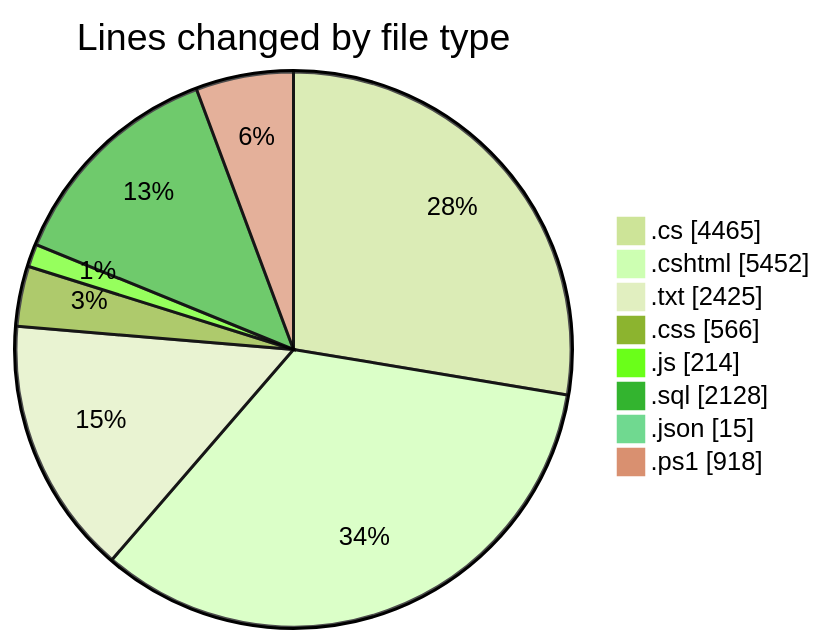
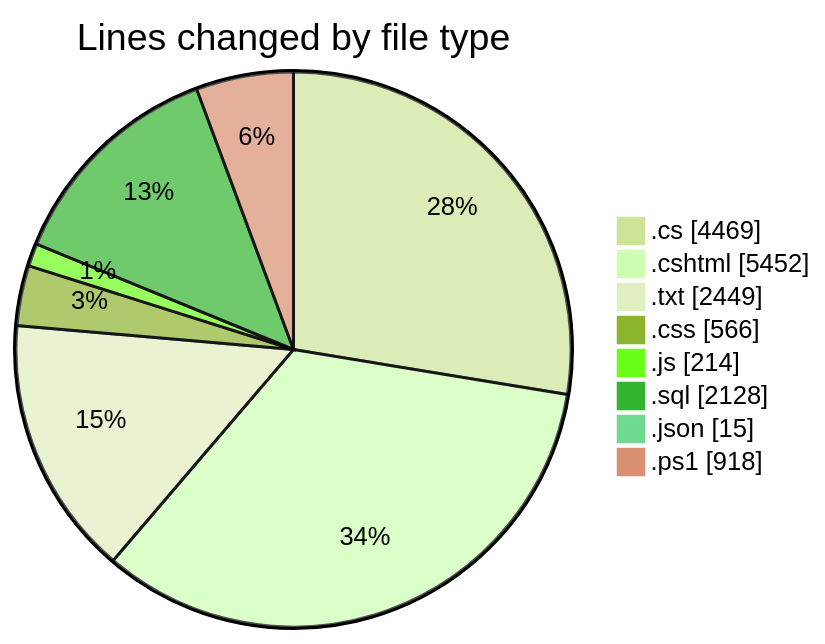
Before and after one commit to lephambinh05/code-tracking: the first of 2 diagrams in 2025-07-28/quanlyrapchieuphim-1/README.md, drawn with Mermaid (forest theme). The commit also changed other lines of this file and 1 other file, not shown here.

````diff
--- a/2025-07-28/quanlyrapchieuphim-1/README.md
+++ b/2025-07-28/quanlyrapchieuphim-1/README.md
@@ -71,12 +71,12 @@
 ```mermaid
 pie showData
 title Lines changed by file type
-".cs" : 4465
+".cs" : 4469
 ".cshtml" : 5452
-".txt" : 2425
+".txt" : 2449
 ".css" : 566
 ".js" : 214
 ".sql" : 2128
 ".json" : 15
 ".ps1" : 918
 ```
````
